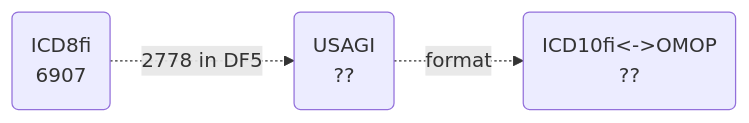
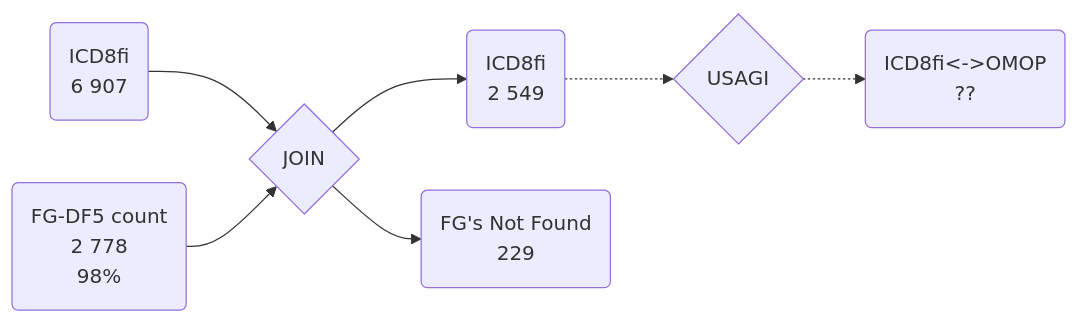
Before and after one commit to FINNGEN/mapping_finland: the third of 7 diagrams in README.md, drawn with Mermaid. The commit also changed other lines of this file, not shown here.

````diff
--- a/README.md
+++ b/README.md
@@ -69,4 +97,7 @@
 ```mermaid
 graph LR
-    A("ICD8fi<br>6907")-. "2778 in DF5" .-> E("USAGI<br>??")-. "format " .->C("ICD10fi<->OMOP<br>??")
+    S("ICD8fi<br>6 907")--> J
+    F("FG-DF5 count<br>2 778<br>98%")--> J{"JOIN"}     
+    J--> E("ICD8fi<br>2 549")-.->U{"USAGI"} -.->D("ICD8fi<->OMOP<br>??")
+    J--> NF("FG's Not Found<br>229")
 ```
````
